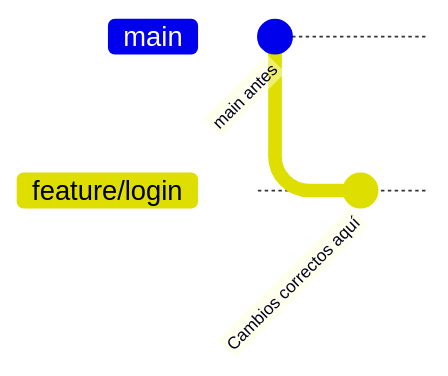
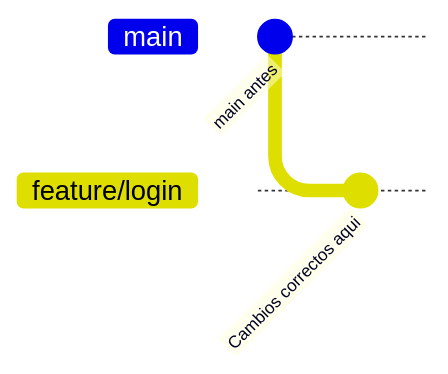
The sixth of 7 diagrams in 06-guia-emergencia.md (joseluisgs/EntornosDesarrollo-03-2026-2027), drawn with Mermaid before and after one commit. The commit also changed other lines of this file, not shown here.

````diff
--- a/06-guia-emergencia.md
+++ b/06-guia-emergencia.md
@@ -192,8 +192,8 @@
 ```mermaid
 gitGraph
     commit id: "main antes"
     branch feature/login
     checkout feature/login
-    commit id: "Cambios correctos aquí"
+    commit id: "Cambios correctos aqui"
     checkout main
 ```
````
